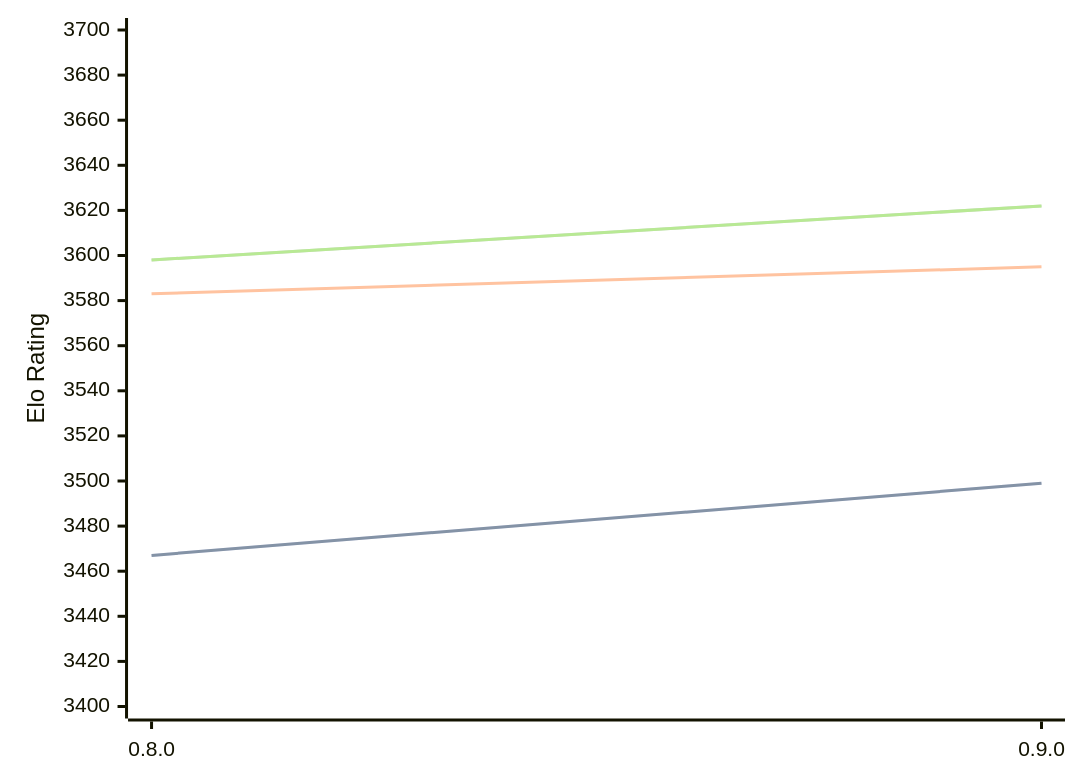
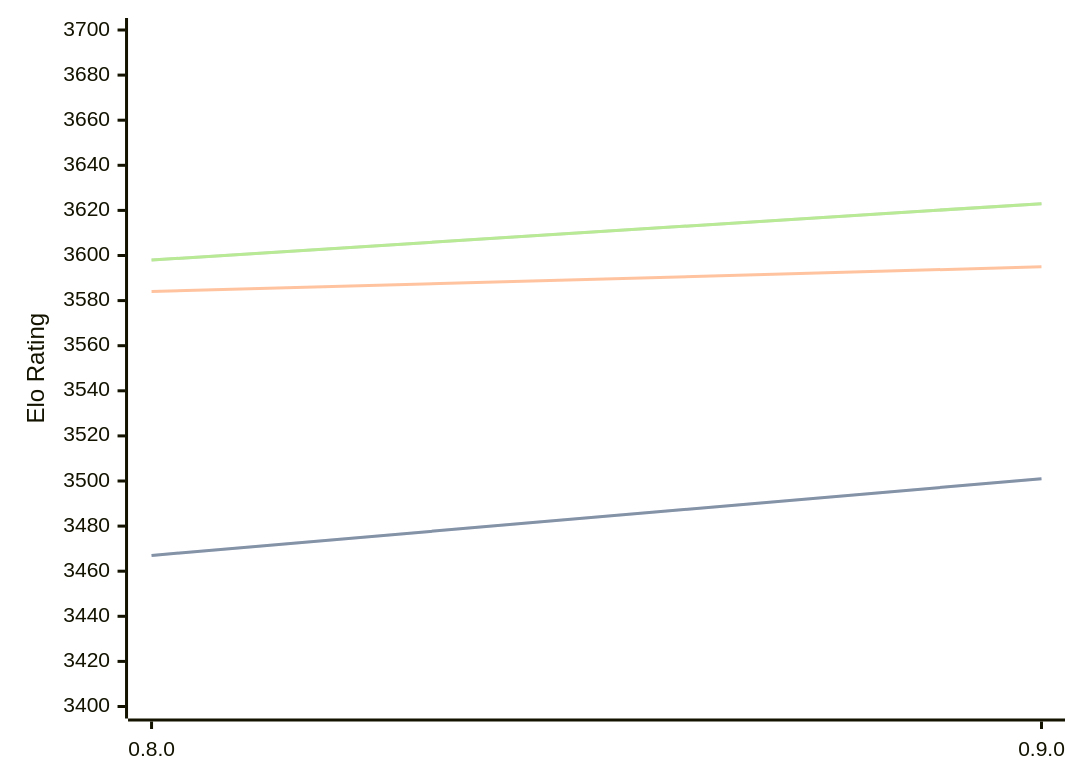
The diagram in engines/Reckless.md (computer-chess-index/cci), drawn with Mermaid before and after one commit. The commit also changed other lines of this file, not shown here.

Commit message:
Update CCI Ratings (ELO VLTC) - 2026-04-07

````diff
--- a/engines/Reckless.md
+++ b/engines/Reckless.md
@@ -39,11 +39,11 @@
 ```mermaid
 %%{init: {"theme":"base","themeVariables":{"seriesColors:['#a3a3a3','#222221','#faa371']}}}%%
 xychart-beta
   x-axis ["0.8.0", "0.9.0"]
   y-axis "Elo Rating" 3400 --> 3700
-  line "STC (8.0+0.08s)" [3467, 3499]
-  line "STC (8.0+0.08s)" [3467, 3499]
-  line "LTC (60.0+0.60s)" [3583, 3595]
-  line "VLTC (2m24s+1.12s)" [3598, 3622]
-  line "VLTC (2m24s+1.12s)" [3598, 3622]
+  line "STC (8.0+0.08s)" [3467, 3501]
+  line "STC (8.0+0.08s)" [3467, 3501]
+  line "LTC (60.0+0.60s)" [3584, 3595]
+  line "VLTC (2m24s+1.12s)" [3598, 3623]
+  line "VLTC (2m24s+1.12s)" [3598, 3623]
 ```
````
